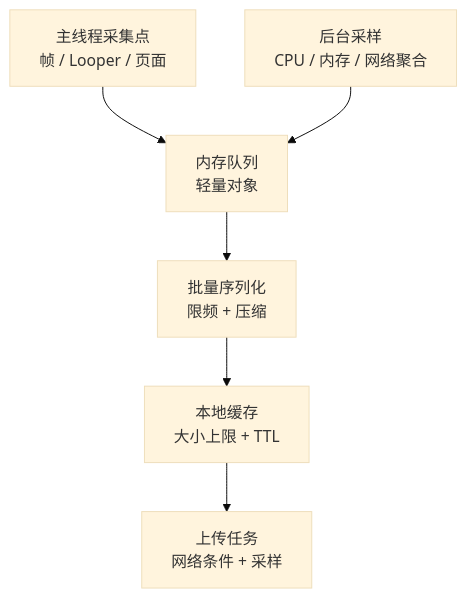
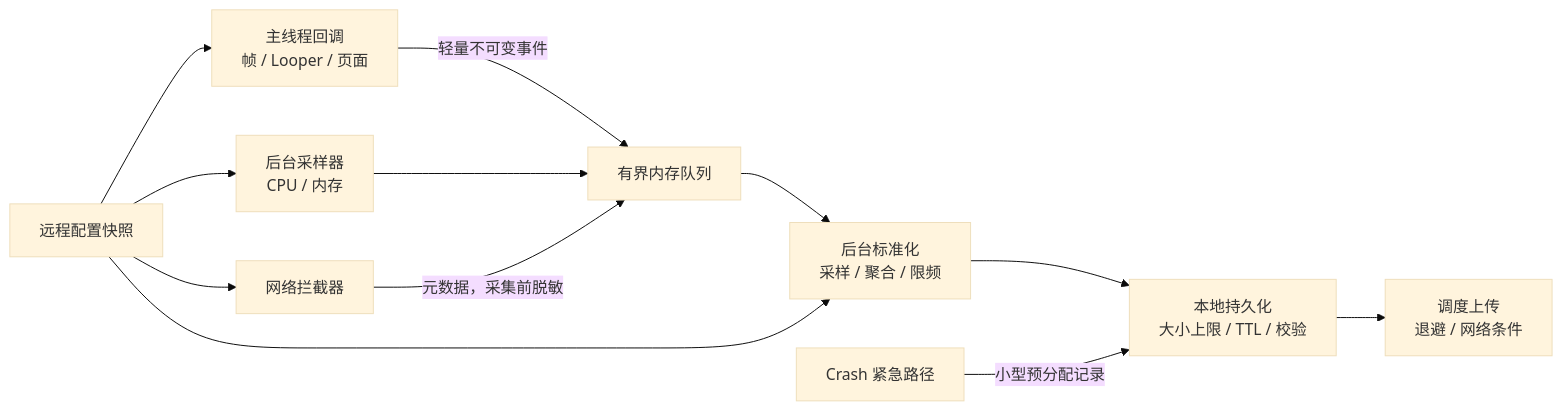
One commit to Gracker/android-internals-wiki changed the diagram in src/part3-tools/ch19-apm/10-other-opensource-apm.md. Above: the diagram before and after it, drawn with Mermaid (base theme). The commit also changed other lines of this file, not shown here.

````diff
--- a/src/part3-tools/ch19-apm/10-other-opensource-apm.md
+++ b/src/part3-tools/ch19-apm/10-other-opensource-apm.md
@@ -208,14 +263,14 @@
 ```mermaid
-flowchart TD
-    A["主线程采集点
-帧 / Looper / 页面"] --> B["内存队列
-轻量对象"]
-    C["后台采样
-CPU / 内存 / 网络聚合"] --> B
-    B --> D["批量序列化
-限频 + 压缩"]
-    D --> E["本地缓存
-大小上限 + TTL"]
-    E --> F["上传任务
-网络条件 + 采样"]
+flowchart LR
+    A["主线程回调<br/>帧 / Looper / 页面"] -->|轻量不可变事件| Q["有界内存队列"]
+    B["后台采样器<br/>CPU / 内存"] --> Q
+    C["网络拦截器"] -->|元数据，采集前脱敏| Q
+    Q --> N["后台标准化<br/>采样 / 聚合 / 限频"]
+    N --> S["本地持久化<br/>大小上限 / TTL / 校验"]
+    S --> U["调度上传<br/>退避 / 网络条件"]
+    X["Crash 紧急路径"] -->|小型预分配记录| S
+    R["远程配置快照"] --> A
+    R --> B
+    R --> C
+    R --> N
 ```
````
